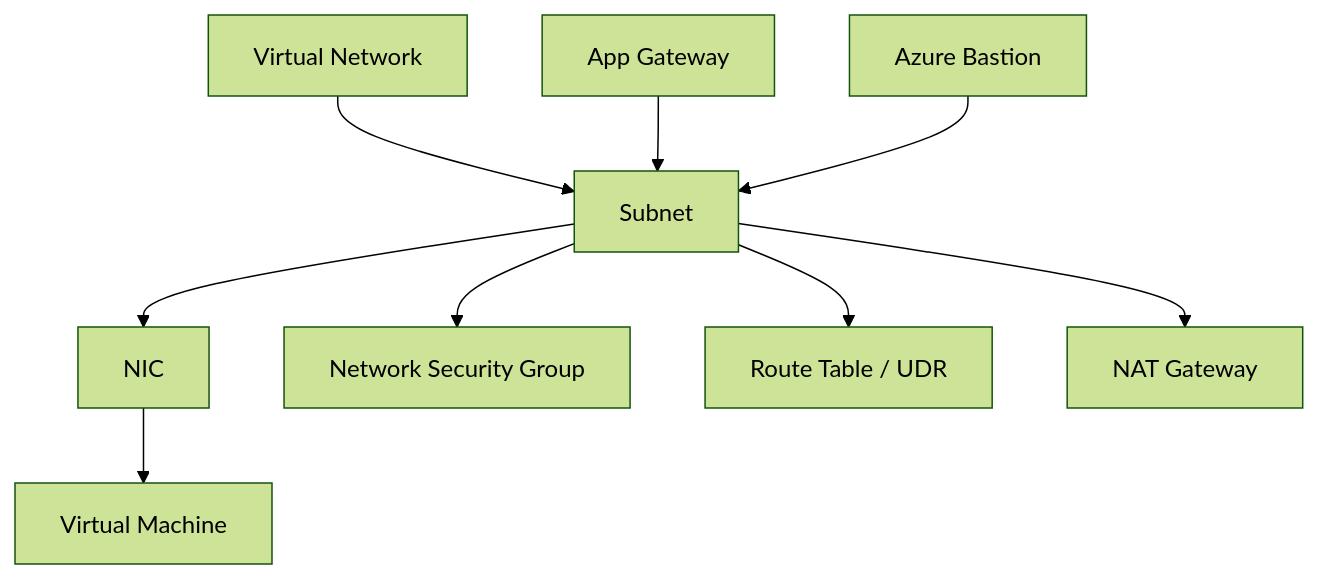
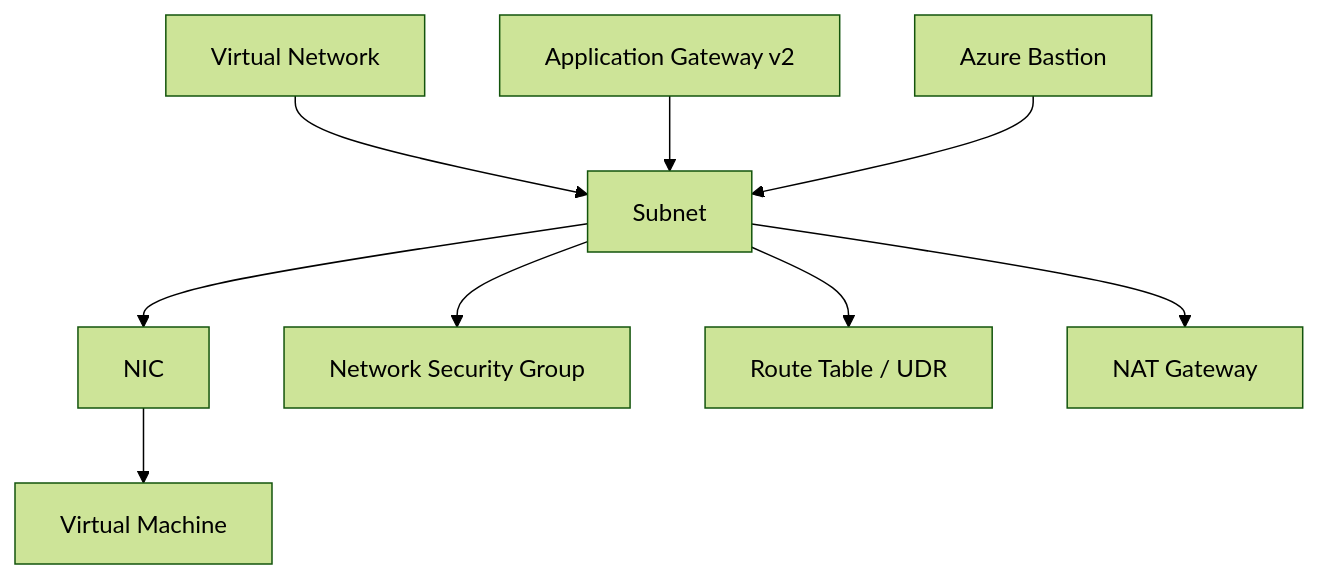
The diagram in docs/reference/azure-networking-components.md (yeongseon/azure-networking-practical-guide), drawn with Mermaid (forest theme) before and after one commit. The commit also changed other lines of this file and 26 other files, not shown here.

````diff
--- a/docs/reference/azure-networking-components.md
+++ b/docs/reference/azure-networking-components.md
@@ -26,11 +26,11 @@
 ```mermaid
 graph TD
     VNet[Virtual Network] --> Subnet[Subnet]
     Subnet --> NIC[NIC]
     NIC --> VM[Virtual Machine]
     Subnet --> NSG[Network Security Group]
     Subnet --> UDR[Route Table / UDR]
     Subnet --> NAT[NAT Gateway]
-    AppGW[App Gateway] --> Subnet
+    AppGW[Application Gateway v2] --> Subnet
     Bastion[Azure Bastion] --> Subnet
 ```
````
